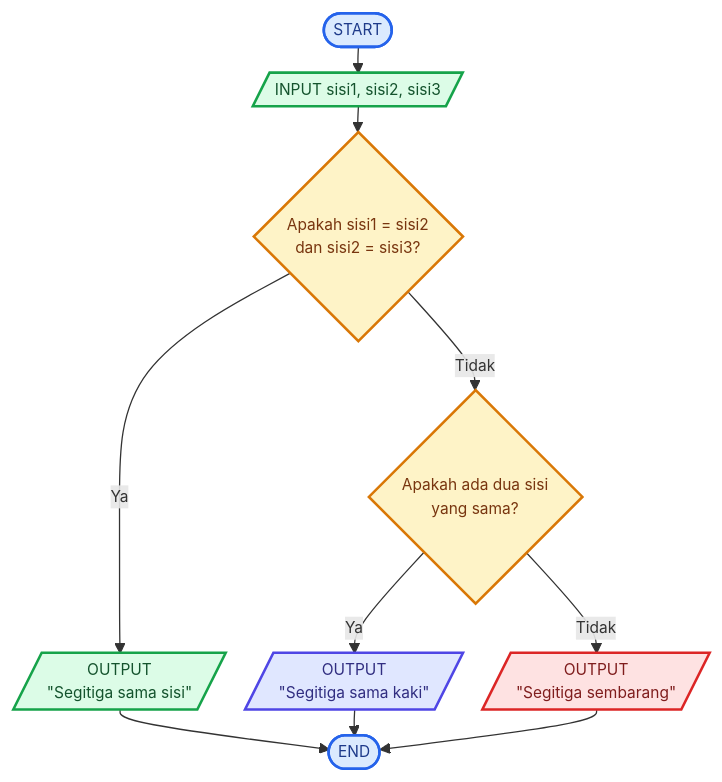
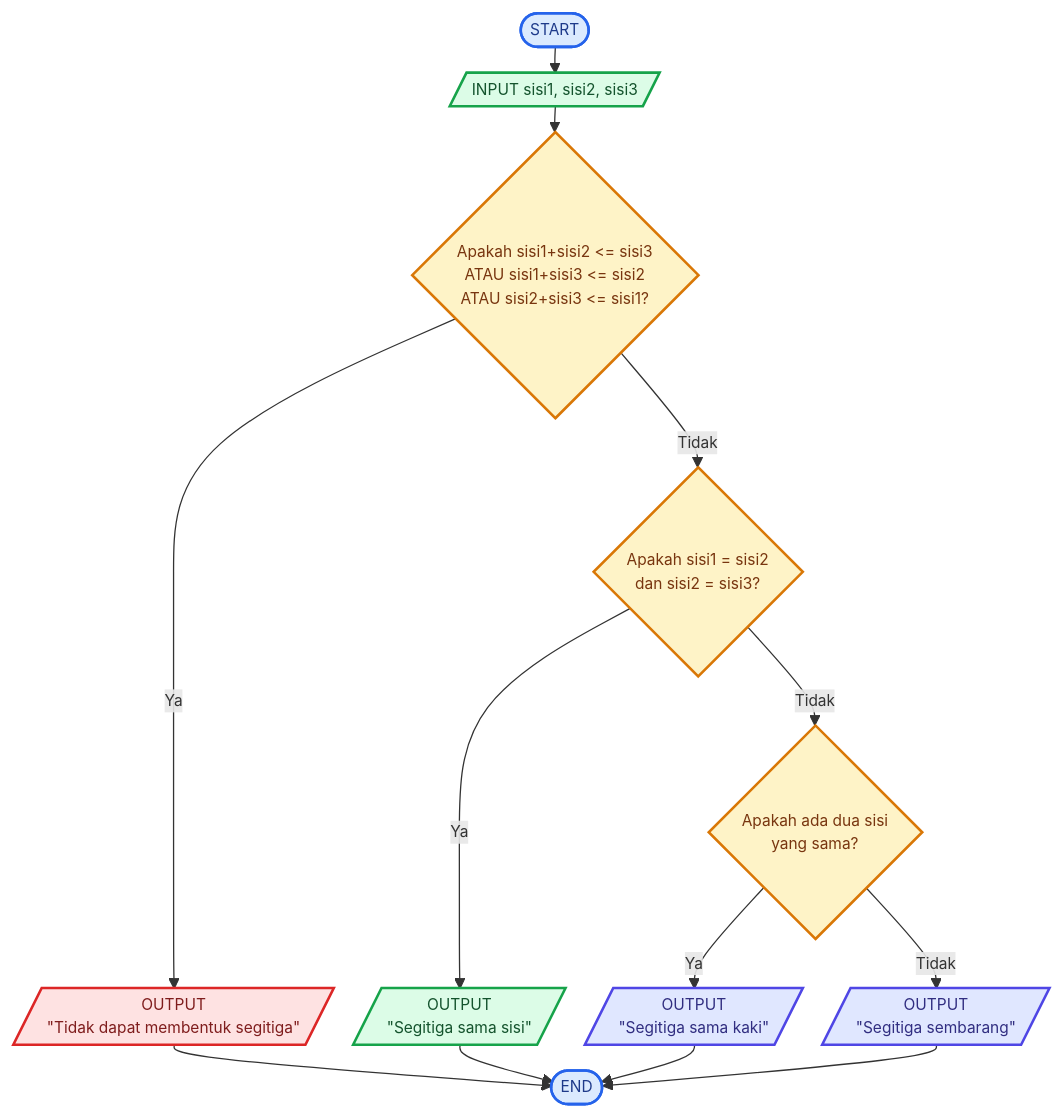
The diagram in README.md (rizkyramzygntng/Kelas-E-Algoritma-Pemrograman), drawn with Mermaid before and after one commit. The commit also changed other lines of this file, not shown here.

````diff
--- a/README.md
+++ b/README.md
@@ -68,35 +104,45 @@
 ```mermaid
 %%{init: {
   "themeVariables": {
     "fontSize": "12px"
   },
   "flowchart": {
     "nodeSpacing": 15,
     "rankSpacing": 20,
     "padding": 8
   }
 }}%%
 
 flowchart TD
     A([START]) --> B[/INPUT sisi1, sisi2, sisi3/]
-    B --> C{Apakah sisi1 = sisi2<br/>dan sisi2 = sisi3?}
 
-    C -->|Ya| D[/OUTPUT<br/>"Segitiga sama sisi"/]
-    C -->|Tidak| E{Apakah ada dua sisi<br/>yang sama?}
+    B --> C{Apakah sisi1+sisi2 <= sisi3<br/>ATAU sisi1+sisi3 <= sisi2<br/>ATAU sisi2+sisi3 <= sisi1?}
 
-    E -->|Ya| F[/OUTPUT<br/>"Segitiga sama kaki"/]
-    E -->|Tidak| G[/OUTPUT<br/>"Segitiga sembarang"/]
+    C -->|Ya| D[/OUTPUT<br/>"Tidak dapat membentuk segitiga"/]
 
-    D --> H([END])
-    F --> H
-    G --> H
+    C -->|Tidak| E{Apakah sisi1 = sisi2<br/>dan sisi2 = sisi3?}
+
+    E -->|Ya| F[/OUTPUT<br/>"Segitiga sama sisi"/]
+
+    E -->|Tidak| G{Apakah ada dua sisi<br/>yang sama?}
+
+    G -->|Ya| H[/OUTPUT<br/>"Segitiga sama kaki"/]
+
+    G -->|Tidak| I[/OUTPUT<br/>"Segitiga sembarang"/]
+
+    D --> J([END])
+    F --> J
+    H --> J
+    I --> J
 
     style A fill:#dbeafe,stroke:#2563eb,stroke-width:2px,color:#1e3a8a
     style B fill:#dcfce7,stroke:#16a34a,stroke-width:2px,color:#14532d
     style C fill:#fef3c7,stroke:#d97706,stroke-width:2px,color:#78350f
-    style D fill:#dcfce7,stroke:#16a34a,stroke-width:2px,color:#14532d
+    style D fill:#fee2e2,stroke:#dc2626,stroke-width:2px,color:#7f1d1d
     style E fill:#fef3c7,stroke:#d97706,stroke-width:2px,color:#78350f
-    style F fill:#e0e7ff,stroke:#4f46e5,stroke-width:2px,color:#312e81
-    style G fill:#fee2e2,stroke:#dc2626,stroke-width:2px,color:#7f1d1d
-    style H fill:#dbeafe,stroke:#2563eb,stroke-width:2px,color:#1e3a8a
+    style F fill:#dcfce7,stroke:#16a34a,stroke-width:2px,color:#14532d
+    style G fill:#fef3c7,stroke:#d97706,stroke-width:2px,color:#78350f
+    style H fill:#e0e7ff,stroke:#4f46e5,stroke-width:2px,color:#312e81
+    style I fill:#e0e7ff,stroke:#4f46e5,stroke-width:2px,color:#312e81
+    style J fill:#dbeafe,stroke:#2563eb,stroke-width:2px,color:#1e3a8a
 ```
````
